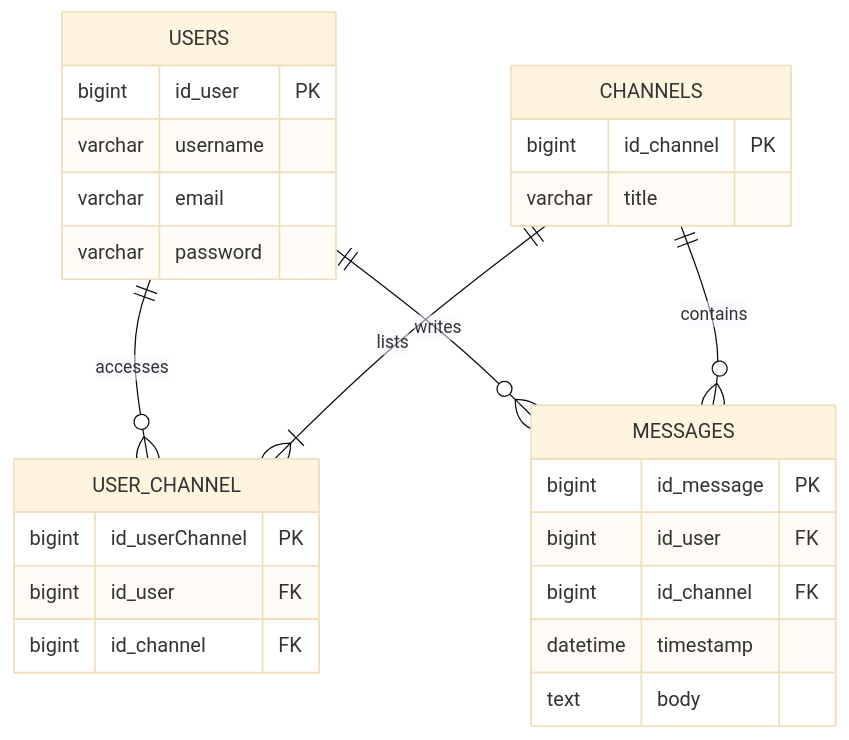
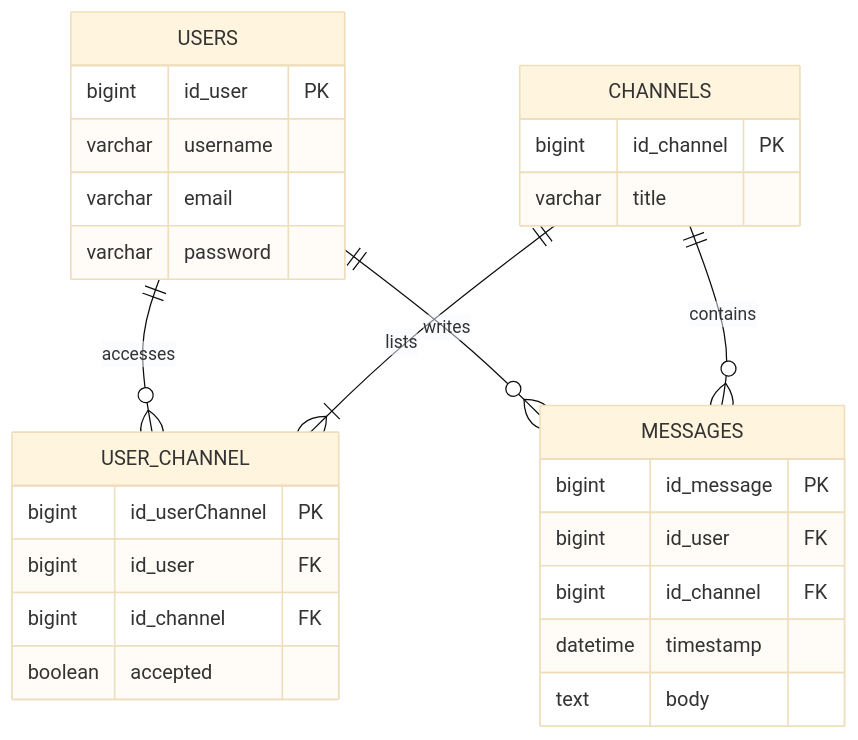
Before and after one commit to AdelinePat/wizzMania: the second of 2 diagrams in README.md, drawn with Mermaid (base theme). The commit also changed other lines of this file and 2 other files, not shown here.

````diff
--- a/README.md
+++ b/README.md
@@ -36,40 +47,41 @@
 ```mermaid
 erDiagram
     USERS {
         bigint id_user PK
         varchar username
         varchar email
         varchar password
     }
 
     CHANNELS {
         bigint id_channel PK
         varchar title
     }
 
     USER_CHANNEL {
         bigint id_userChannel PK
         bigint id_user FK
         bigint id_channel FK
+        boolean accepted
     }
 
     MESSAGES {
         bigint id_message PK
         bigint id_user FK
         bigint id_channel FK
         datetime timestamp
         text body
     }
 
     %% Users -> User_Channel (0..* per user)
     USERS ||--o{ USER_CHANNEL : "accesses"
 
     %% Channels -> User_Channel (1..* per channel)
     CHANNELS ||--|{ USER_CHANNEL : "lists"
 
     %% Users -> Messages (0..* per user)
     USERS ||--o{ MESSAGES : "writes"
 
     %% Channels -> Messages (0..* per channel)
     CHANNELS ||--o{ MESSAGES : "contains"
 ```
````
